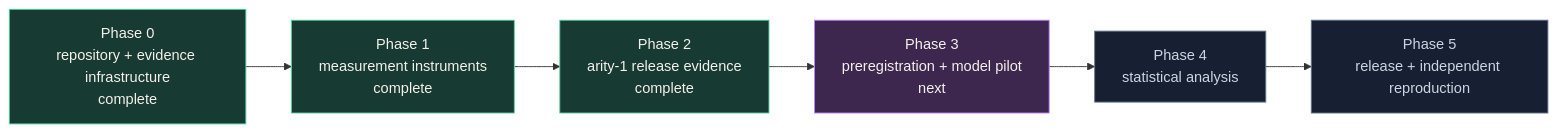
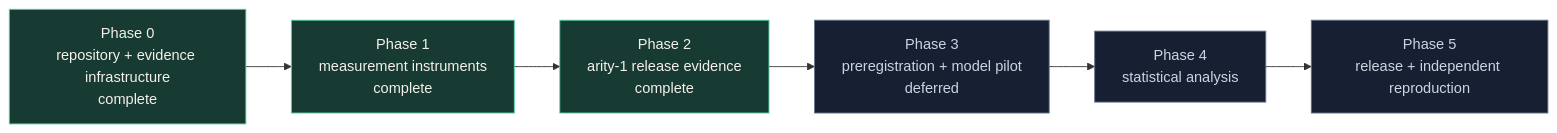
One commit to muend/benchfck changed the first of 3 diagrams in README.md. Above: the diagram before and after it, drawn with Mermaid. The commit also changed other lines of this file and 6 other files, not shown here.

````diff
--- a/README.md
+++ b/README.md
@@ -29,14 +29,12 @@
 ```mermaid
 flowchart LR
     P0["Phase 0<br/>repository + evidence infrastructure<br/>complete"] --> P1["Phase 1<br/>measurement instruments<br/>complete"]
     P1 --> P2["Phase 2<br/>arity-1 release evidence<br/>complete"]
-    P2 --> P3["Phase 3<br/>preregistration + model pilot<br/>next"]
+    P2 --> P3["Phase 3<br/>preregistration + model pilot<br/>deferred"]
     P3 --> P4["Phase 4<br/>statistical analysis"]
     P4 --> P5["Phase 5<br/>release + independent reproduction"]
     classDef complete fill:#173a32,stroke:#55d6a0,color:#f4f1ea;
-    classDef next fill:#3d274f,stroke:#c084fc,color:#f4f1ea;
     classDef pending fill:#172033,stroke:#64748b,color:#cbd5e1;
     class P0,P1,P2 complete;
-    class P3 next;
-    class P4,P5 pending;
+    class P3,P4,P5 pending;
 ```
````
